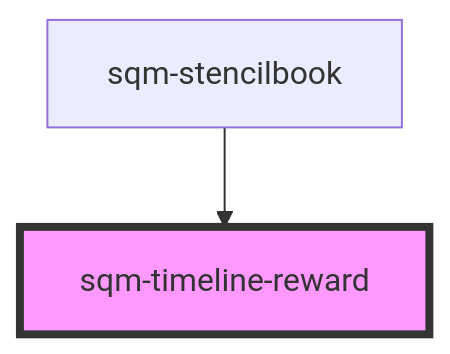
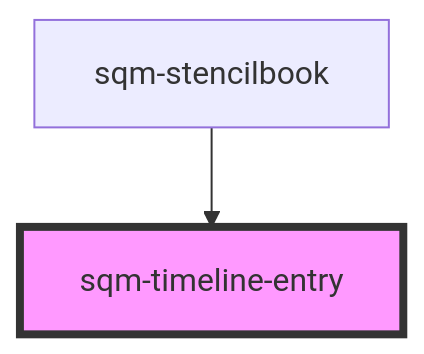
The diagram in packages/mint-components/src/components/sqm-referral-card/readme.md (saasquatch/program-tools), drawn with Mermaid before and after one commit. The commit also changed other lines of this file and 5 other files, not shown here.

````diff
--- a/packages/mint-components/src/components/sqm-referral-card/readme.md
+++ b/packages/mint-components/src/components/sqm-referral-card/readme.md
@@ -25,5 +25,5 @@
 ```mermaid
 graph TD;
-  sqm-stencilbook --> sqm-timeline-reward
-  style sqm-timeline-reward fill:#f9f,stroke:#333,stroke-width:4px
+  sqm-stencilbook --> sqm-timeline-entry
+  style sqm-timeline-entry fill:#f9f,stroke:#333,stroke-width:4px
 ```
````
